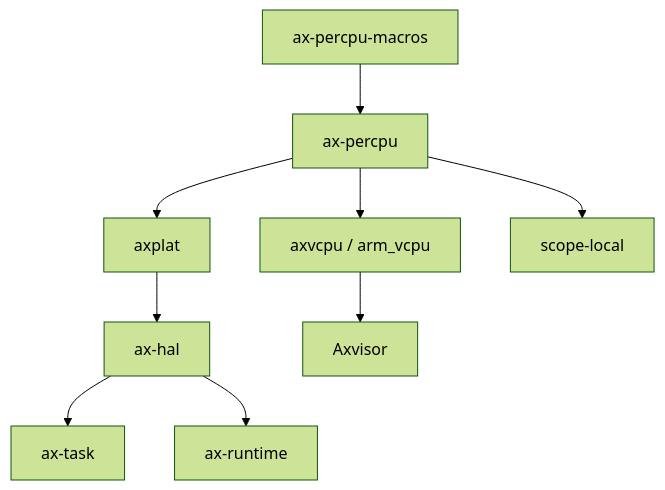
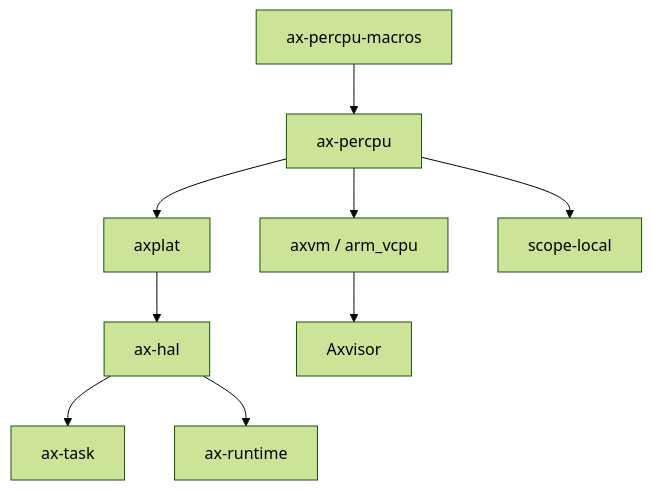
One commit to rcore-os/tgoskits changed the diagram in docs/docs/components/crates/ax-percpu-macros.md. Above: the diagram before and after it, drawn with Mermaid (forest theme). The commit also changed other lines of this file and 79 other files, not shown here.

Commit message:
refactor(axvm): decouple vcpu backends

````diff
--- a/docs/docs/components/crates/ax-percpu-macros.md
+++ b/docs/docs/components/crates/ax-percpu-macros.md
@@ -168,11 +168,11 @@
 ```mermaid
 graph TD
     A[ax-percpu-macros] --> B[ax-percpu]
     B --> C[axplat]
     C --> D[ax-hal]
     D --> E[ax-task]
     D --> F[ax-runtime]
-    B --> G[axvcpu / arm_vcpu]
+    B --> G[axvm / arm_vcpu]
     B --> H[scope-local]
     G --> I[Axvisor]
 ```
````
